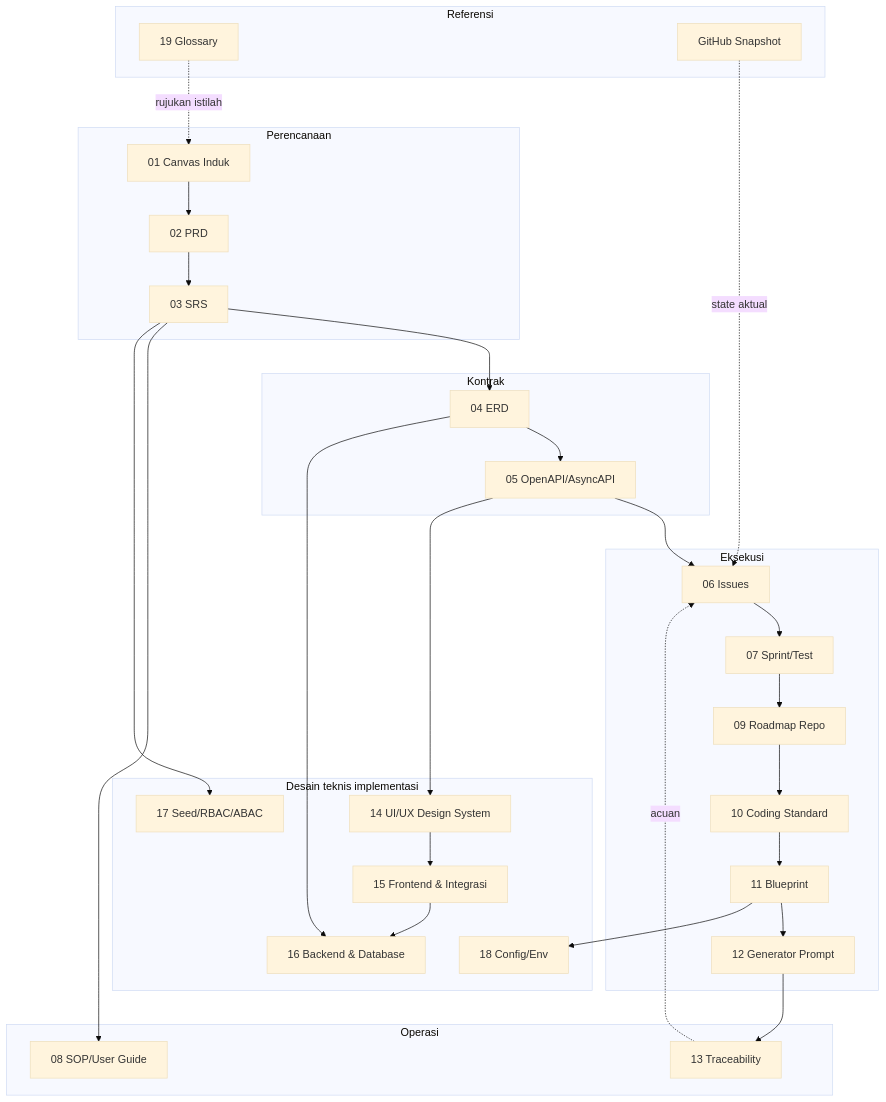
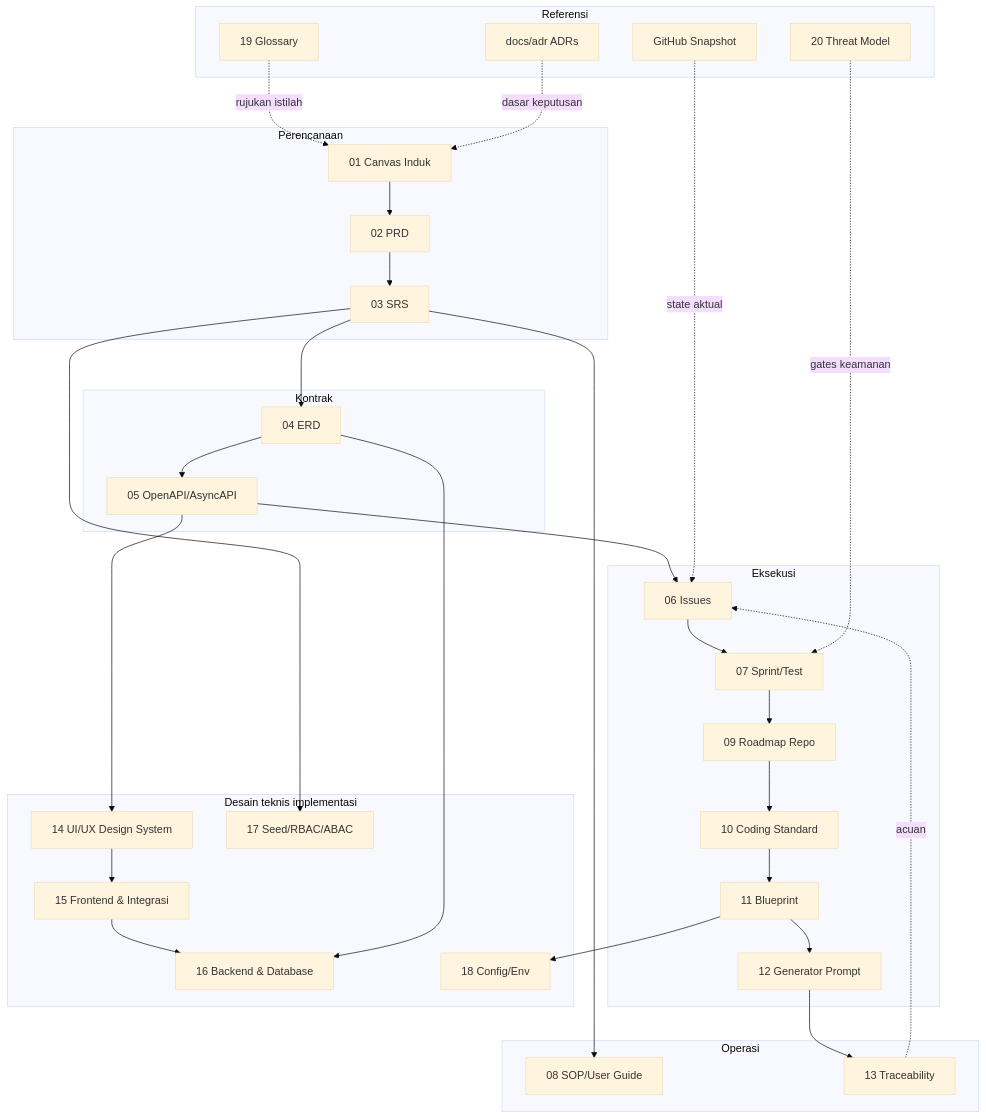
One commit to ahliweb/awcms-mini changed the diagram in docs/awcms-mini/README.md. Above: the diagram before and after it, drawn with Mermaid (base theme). The commit also changed other lines of this file and 63 other files, not shown here.

````diff
--- a/docs/awcms-mini/README.md
+++ b/docs/awcms-mini/README.md
@@ -9,46 +11,50 @@
 ```mermaid
 flowchart TB
   subgraph Perencanaan
     D1[01 Canvas Induk]
     D2[02 PRD]
     D3[03 SRS]
   end
   subgraph Kontrak
     D4[04 ERD]
     D5[05 OpenAPI/AsyncAPI]
   end
   subgraph Eksekusi
     D6[06 Issues]
     D7[07 Sprint/Test]
     D9[09 Roadmap Repo]
     D10[10 Coding Standard]
     D11[11 Blueprint]
     D12[12 Generator Prompt]
   end
   subgraph Operasi
     D8[08 SOP/User Guide]
     D13[13 Traceability]
   end
   subgraph DesainTeknis["Desain teknis implementasi"]
     D14[14 UI/UX Design System]
     D15[15 Frontend & Integrasi]
     D16[16 Backend & Database]
     D17[17 Seed/RBAC/ABAC]
     D18[18 Config/Env]
   end
   subgraph Referensi
     D19[19 Glossary]
+    D20[20 Threat Model]
+    ADR[docs/adr ADRs]
     GH[GitHub Snapshot]
   end
 
   D1 --> D2 --> D3 --> D4 --> D5 --> D6 --> D7
   D7 --> D9 --> D10 --> D11 --> D12 --> D13
   D3 --> D8
   D13 -.acuan.-> D6
   D5 --> D14 --> D15 --> D16
   D4 --> D16
   D3 --> D17
   D11 --> D18
   D19 -.rujukan istilah.-> D1
+  D20 -.gates keamanan.-> D7
+  ADR -.dasar keputusan.-> D1
   GH -.state aktual.-> D6
 ```
````
